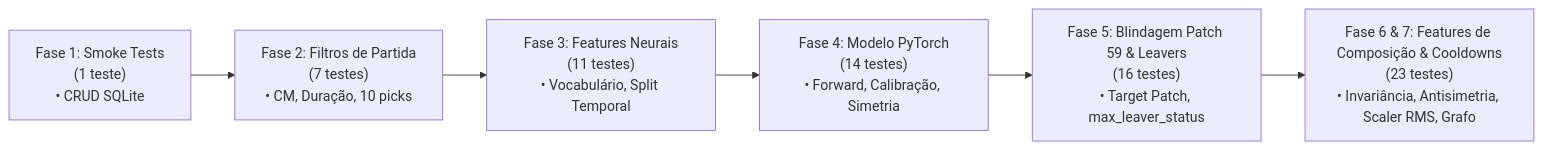
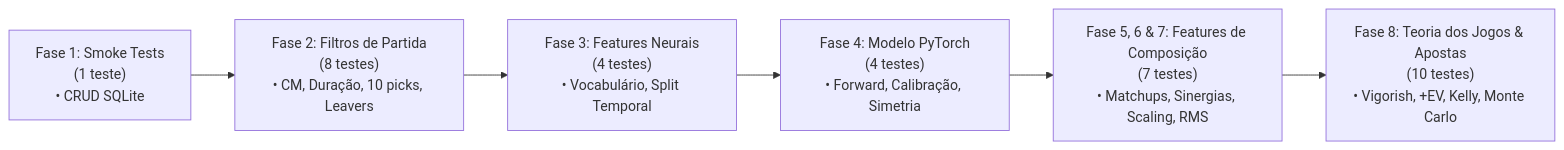
One commit to ataidefilipe/dota2req1 changed the diagram in docs/EVOLUCAO_TESTES_E_EXPERIMENTOS.md. Above: the diagram before and after it, drawn with Mermaid. The commit also changed other lines of this file and 4 other files, not shown here.

First line of the commit message:
docs: comprehensive documentation overhaul covering system architecture, deployment guide, test benchmarks and production release

````diff
--- a/docs/EVOLUCAO_TESTES_E_EXPERIMENTOS.md
+++ b/docs/EVOLUCAO_TESTES_E_EXPERIMENTOS.md
@@ -15,8 +15,8 @@
 ```mermaid
 flowchart LR
-    M1["Fase 1: Smoke Tests\n(1 teste)\n• CRUD SQLite"] --> M2["Fase 2: Filtros de Partida\n(7 testes)\n• CM, Duração, 10 picks"]
-    M2 --> M3["Fase 3: Features Neurais\n(11 testes)\n• Vocabulário, Split Temporal"]
-    M3 --> M4["Fase 4: Modelo PyTorch\n(14 testes)\n• Forward, Calibração, Simetria"]
-    M4 --> M5["Fase 5: Blindagem Patch 59 & Leavers\n(16 testes)\n• Target Patch, max_leaver_status"]
-    M5 --> M6["Fase 6 & 7: Features de Composição & Cooldowns\n(23 testes)\n• Invariância, Antisimetria, Scaler RMS, Grafo"]
+    M1["Fase 1: Smoke Tests\n(1 teste)\n• CRUD SQLite"] --> M2["Fase 2: Filtros de Partida\n(8 testes)\n• CM, Duração, 10 picks, Leavers"]
+    M2 --> M3["Fase 3: Features Neurais\n(4 testes)\n• Vocabulário, Split Temporal"]
+    M3 --> M4["Fase 4: Modelo PyTorch\n(4 testes)\n• Forward, Calibração, Simetria"]
+    M4 --> M5["Fase 5, 6 & 7: Features de Composição\n(7 testes)\n• Matchups, Sinergias, Scaling, RMS"]
+    M5 --> M6["Fase 8: Teoria dos Jogos & Apostas\n(10 testes)\n• Vigorish, +EV, Kelly, Monte Carlo"]
 ```
````
